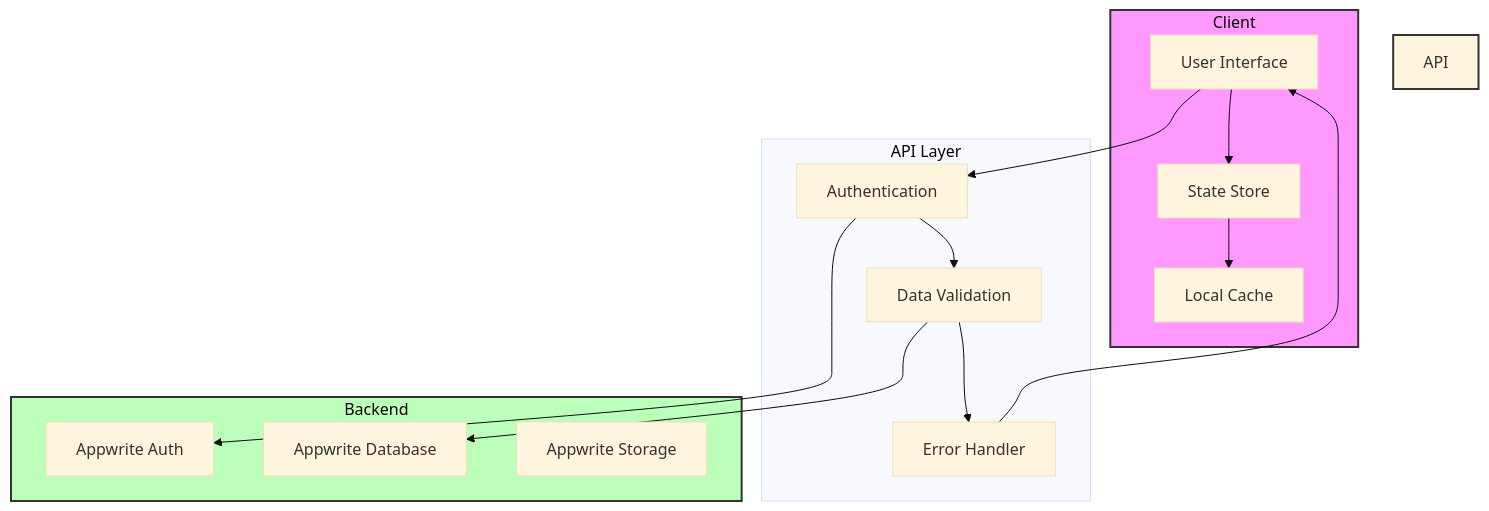
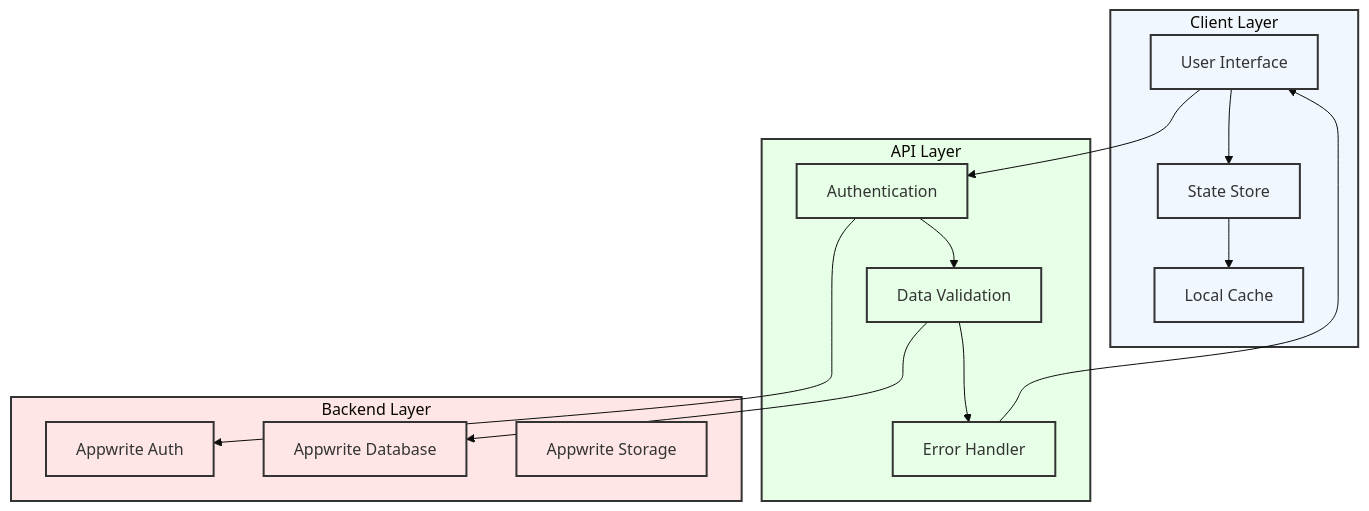
The fourth of 10 diagrams in docs/API.md (kafle1/timetablepro), drawn with Mermaid (base theme) before and after one commit. The commit also changed other lines of this file and 1 other file, not shown here.

Commit message:
docs: update diagram colors with consistent high-contrast scheme

````diff
--- a/docs/API.md
+++ b/docs/API.md
@@ -404,33 +426,41 @@
 ```mermaid
 flowchart TD
-    subgraph Client
+    subgraph Client["Client Layer"]
         UI[User Interface]
         Store[State Store]
         Cache[Local Cache]
     end
     
-    subgraph API Layer
+    subgraph API["API Layer"]
         Auth[Authentication]
         Validation[Data Validation]
         ErrorHandler[Error Handler]
     end
     
-    subgraph Backend
+    subgraph Backend["Backend Layer"]
         AppwriteAuth[Appwrite Auth]
         AppwriteDB[Appwrite Database]
         AppwriteStorage[Appwrite Storage]
     end
     
     UI --> Store
     Store --> Cache
     UI --> Auth
     Auth --> Validation
     Validation --> ErrorHandler
     Auth --> AppwriteAuth
     Validation --> AppwriteDB
     ErrorHandler --> UI
     
-    style Client fill:#f9f,stroke:#333,stroke-width:2px
-    style API Layer fill:#bbf,stroke:#333,stroke-width:2px
-    style Backend fill:#bfb,stroke:#333,stroke-width:2px
+    classDef client fill:#f0f7ff,stroke:#333,stroke-width:2px
+    classDef api fill:#e6ffe6,stroke:#333,stroke-width:2px
+    classDef backend fill:#ffe6e6,stroke:#333,stroke-width:2px
+    
+    class UI,Store,Cache client
+    class Auth,Validation,ErrorHandler api
+    class AppwriteAuth,AppwriteDB,AppwriteStorage backend
+    
+    style Client fill:#f0f7ff,stroke:#333,stroke-width:2px
+    style API fill:#e6ffe6,stroke:#333,stroke-width:2px
+    style Backend fill:#ffe6e6,stroke:#333,stroke-width:2px
 ```
````
